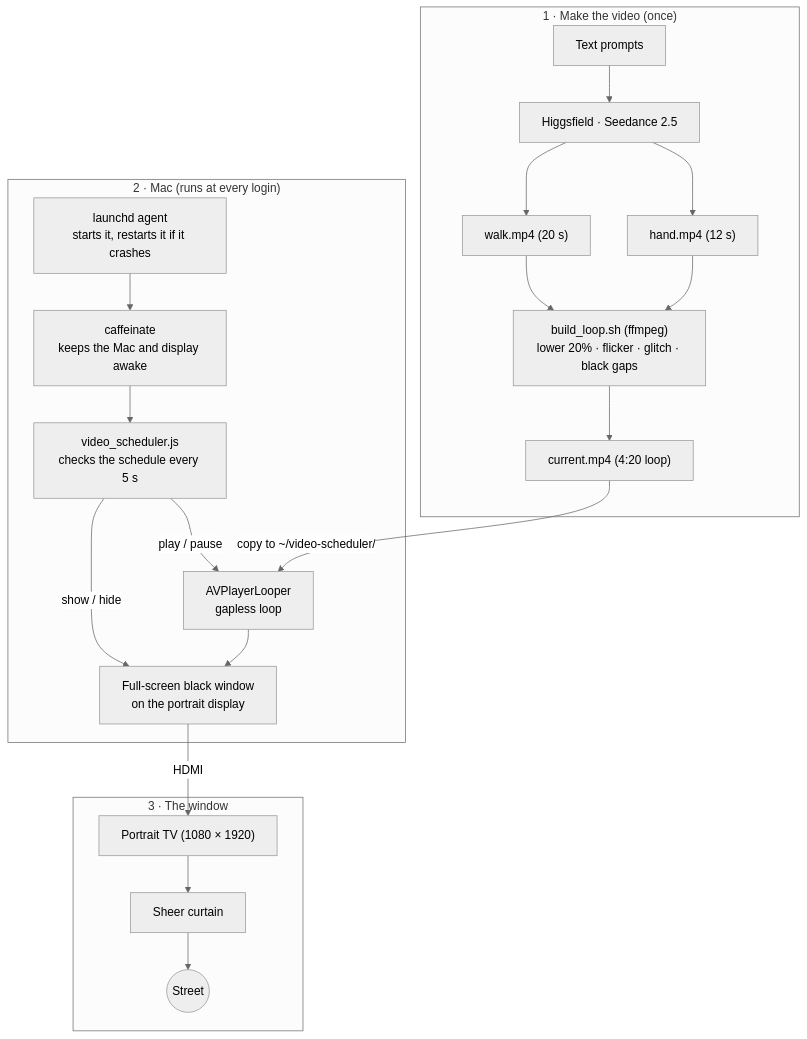
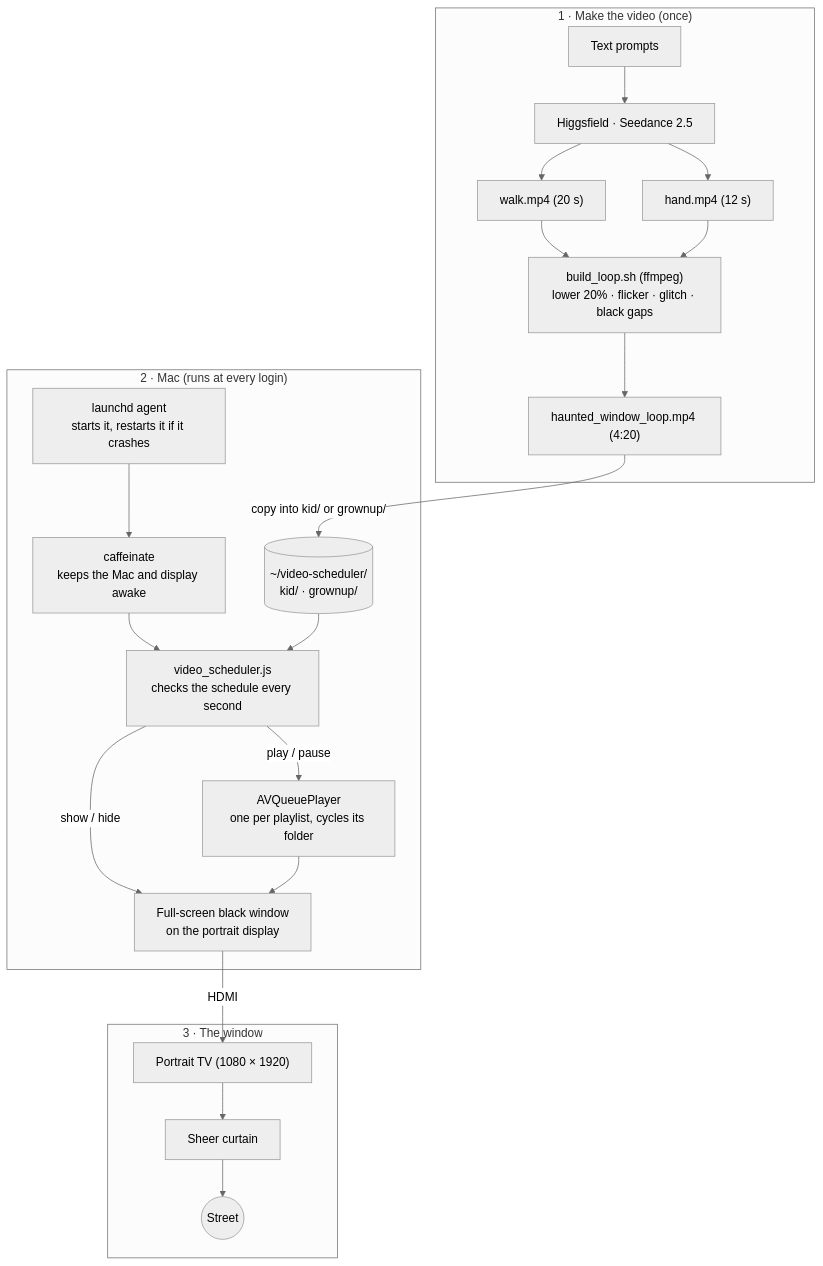
Before and after one commit to ndipatri/HalloweenWindowDisplay: the diagram in README.md, drawn with Mermaid (neutral theme). The commit also changed other lines of this file and 3 other files, not shown here.

First line of the commit message:
Scheduler: play kid/grownup playlists from folders

````diff
--- a/README.md
+++ b/README.md
@@ -22,26 +22,27 @@
 ```mermaid
 flowchart TB
   subgraph make["1 · Make the video (once)"]
     prompts["Text prompts"] --> hf["Higgsfield · Seedance 2.5"]
     hf --> walk["walk.mp4 (20 s)"]
     hf --> hand["hand.mp4 (12 s)"]
     walk --> build["build_loop.sh (ffmpeg)<br/>lower 20% · flicker · glitch · black gaps"]
     hand --> build
-    build --> video["current.mp4 (4:20 loop)"]
+    build --> video["haunted_window_loop.mp4 (4:20)"]
   end
 
   subgraph mac["2 · Mac (runs at every login)"]
     launchd["launchd agent<br/>starts it, restarts it if it crashes"] --> caff["caffeinate<br/>keeps the Mac and display awake"]
-    caff --> sched["video_scheduler.js<br/>checks the schedule every 5 s"]
-    sched -- "play / pause" --> looper["AVPlayerLooper<br/>gapless loop"]
+    caff --> sched["video_scheduler.js<br/>checks the schedule every second"]
+    folders[("~/video-scheduler/<br/>kid/ · grownup/")] --> sched
+    sched -- "play / pause" --> queue["AVQueuePlayer<br/>one per playlist, cycles its folder"]
     sched -- "show / hide" --> win["Full-screen black window<br/>on the portrait display"]
-    looper --> win
+    queue --> win
   end
 
   subgraph room["3 · The window"]
     tv["Portrait TV (1080 × 1920)"] --> curtain["Sheer curtain"] --> street(("Street"))
   end
 
-  video -- "copy to ~/video-scheduler/" --> looper
+  video -- "copy into kid/ or grownup/" --> folders
   win -- "HDMI" --> tv
 ```
````
